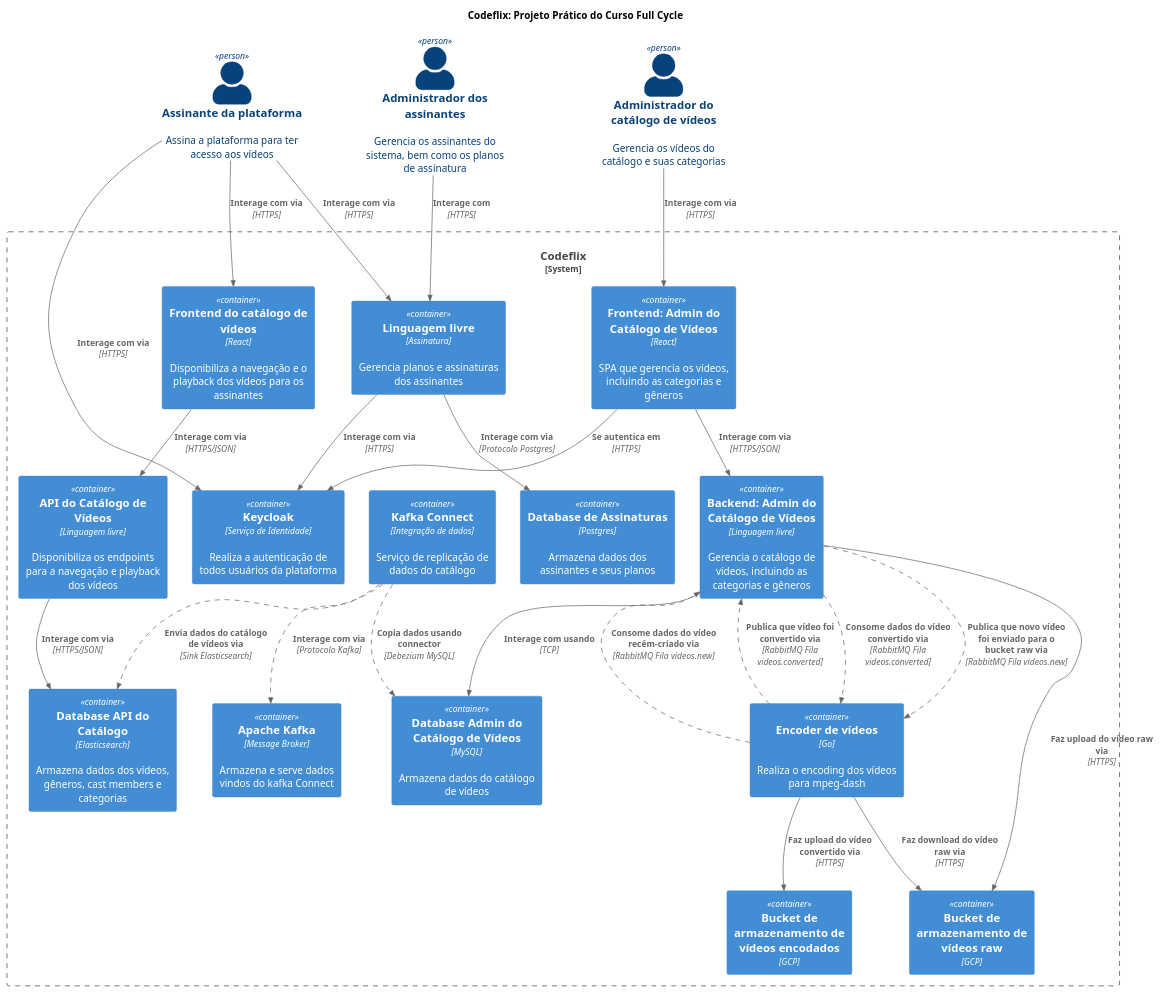
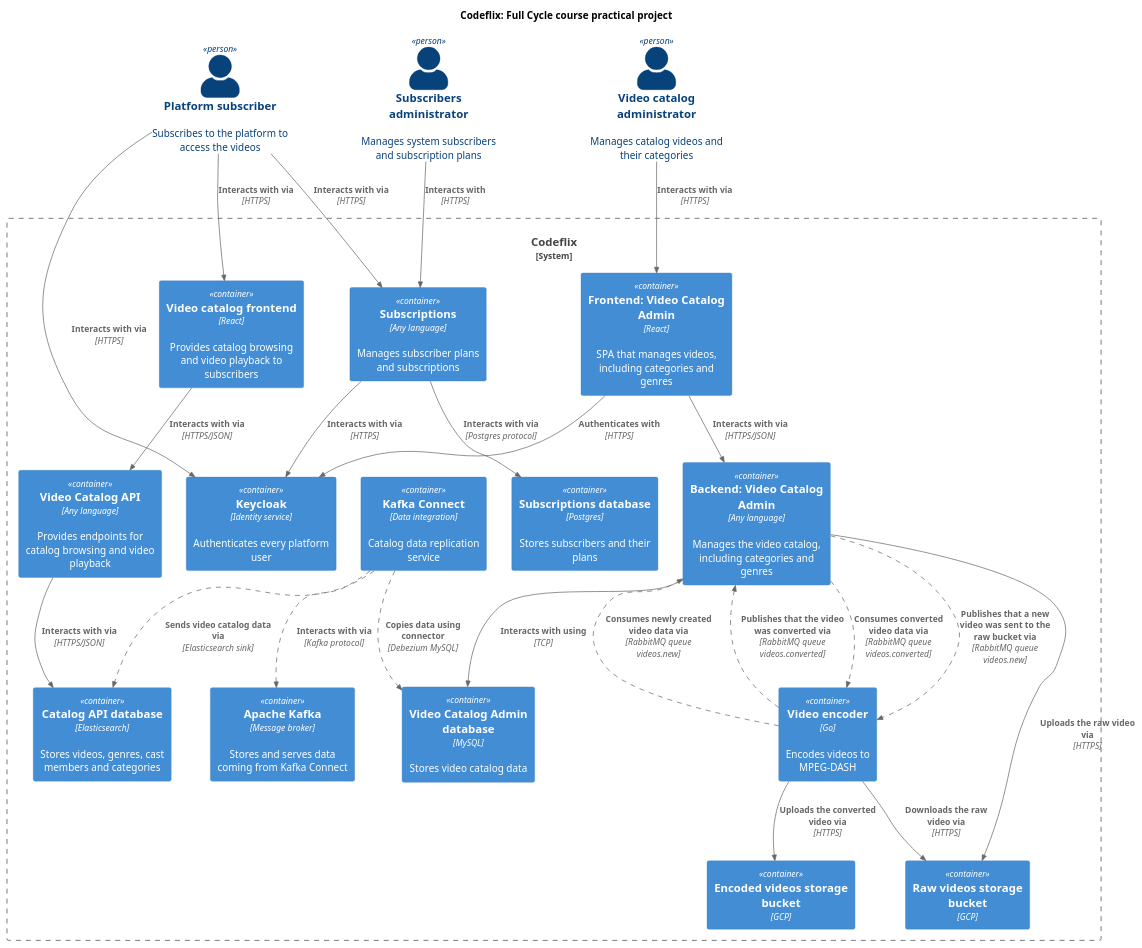
The diagram in docs/architecture/codeflix-c4.puml (felipmateus/codeflix-portal), drawn with PlantUML before and after one commit.

Commit message:
docs(architecture): translate C4 diagram to English

```diff
--- a/docs/architecture/codeflix-c4.puml
+++ b/docs/architecture/codeflix-c4.puml
@@ -1,62 +1,59 @@
-@startuml contexto
+@startuml containers
 !include https://raw.githubusercontent.com/plantuml-stdlib/C4-PlantUML/master/C4_Container.puml
 AddRelTag("async", $lineStyle = DashedLine())
 SHOW_PERSON_PORTRAIT()
 
-title "Codeflix: Projeto Prático do Curso Full Cycle"
-Person(administrador_catalogo,"Administrador do catálogo de vídeos","Gerencia os vídeos do catálogo e suas categorias")
-Person(administrador_assinantes,"Administrador dos assinantes","Gerencia os assinantes do sistema, bem como os planos de assinatura")
-Person(assinante,"Assinante da plataforma","Assina a plataforma para ter acesso aos vídeos")
+title "Codeflix: Full Cycle course practical project"
+Person(catalog_admin, "Video catalog administrator", "Manages catalog videos and their categories")
+Person(subscribers_admin, "Subscribers administrator", "Manages system subscribers and subscription plans")
+Person(subscriber, "Platform subscriber", "Subscribes to the platform to access the videos")
 
 System_Boundary(gateway, "Codeflix") {
-    Container(frontend_catalogo_admin,"Frontend: Admin do Catálogo de Vídeos","React","SPA que gerencia os vídeos, incluindo as categorias e gêneros")
-    Container(backend_catalogo_admin,"Backend: Admin do Catálogo de Vídeos","Linguagem livre","Gerencia o catálogo de vídeos, incluindo as categorias e gêneros")
-    Container(backend_catalogo_admin_database,"Database Admin do Catálogo de Vídeos","MySQL","Armazena dados do catálogo de vídeos")
-    Rel(frontend_catalogo_admin,backend_catalogo_admin,"Interage com via","HTTPS/JSON")
-    Rel(backend_catalogo_admin,backend_catalogo_admin_database,"Interage com usando","TCP")
-    
-    Container(encoder,"Encoder de vídeos","Go","Realiza o encoding dos vídeos para mpeg-dash")
-    Container(bucket_videos,"Bucket de armazenamento de vídeos encodados","GCP")
-    Container(bucket_videos_raw,"Bucket de armazenamento de vídeos raw","GCP")
-    Rel(encoder,bucket_videos,"Faz upload do vídeo convertido via","HTTPS")
-    Rel(encoder,bucket_videos_raw,"Faz download do vídeo raw via","HTTPS")
-    Rel(backend_catalogo_admin,bucket_videos_raw,"Faz upload do vídeo raw via","HTTPS")
+    Container(frontend_catalog_admin, "Frontend: Video Catalog Admin", "React", "SPA that manages videos, including categories and genres")
+    Container(backend_catalog_admin, "Backend: Video Catalog Admin", "Any language", "Manages the video catalog, including categories and genres")
+    Container(backend_catalog_admin_database, "Video Catalog Admin database", "MySQL", "Stores video catalog data")
+    Rel(frontend_catalog_admin, backend_catalog_admin, "Interacts with via", "HTTPS/JSON")
+    Rel(backend_catalog_admin, backend_catalog_admin_database, "Interacts with using", "TCP")
 
-    Rel(encoder,backend_catalogo_admin,"Consome dados do vídeo recém-criado via","RabbitMQ Fila videos.new",$tags = "async")
-    Rel(encoder, backend_catalogo_admin,"Publica que vídeo foi convertido via","RabbitMQ Fila videos.converted",$tags = "async")
-    Rel(backend_catalogo_admin, encoder,"Consome dados do vídeo convertido via","RabbitMQ Fila videos.converted",$tags = "async")
-    Rel(backend_catalogo_admin, encoder,"Publica que novo vídeo foi enviado para o bucket raw via","RabbitMQ Fila videos.new",$tags = "async")
+    Container(encoder, "Video encoder", "Go", "Encodes videos to MPEG-DASH")
+    Container(bucket_videos, "Encoded videos storage bucket", "GCP")
+    Container(bucket_videos_raw, "Raw videos storage bucket", "GCP")
+    Rel(encoder, bucket_videos, "Uploads the converted video via", "HTTPS")
+    Rel(encoder, bucket_videos_raw, "Downloads the raw video via", "HTTPS")
+    Rel(backend_catalog_admin, bucket_videos_raw, "Uploads the raw video via", "HTTPS")
 
-    Container(frontend_catalogo,"Frontend do catálogo de vídeos","React","Disponibiliza a navegação e o playback dos vídeos para os assinantes")
-    Container(api_catalogo,"API do Catálogo de Vídeos","Linguagem livre","Disponibiliza os endpoints para a navegação e playback dos vídeos")
-    Container(elasticsearch_api_catalogo,"Database API do Catálogo","Elasticsearch","Armazena dados dos vídeos, gêneros, cast members e categorias")
-    Container(apache_kafka,"Apache Kafka","Message Broker","Armazena e serve dados vindos do kafka Connect")
-    Container(kafka_connect,"Kafka Connect","Integração de dados","Serviço de replicação de dados do catálogo")
-    Rel(api_catalogo,elasticsearch_api_catalogo,"Interage com via","HTTPS/JSON")
-    Rel(kafka_connect,elasticsearch_api_catalogo,"Envia dados do catálogo de vídeos via","Sink Elasticsearch",$tags = "async")
-    Rel(kafka_connect,backend_catalogo_admin_database,"Copia dados usando connector","Debezium MySQL",$tags = "async")
-    Rel(kafka_connect,apache_kafka,"Interage com via","Protocolo Kafka",$tags = "async")
+    Rel(encoder, backend_catalog_admin, "Consumes newly created video data via", "RabbitMQ queue videos.new", $tags = "async")
+    Rel(encoder, backend_catalog_admin, "Publishes that the video was converted via", "RabbitMQ queue videos.converted", $tags = "async")
+    Rel(backend_catalog_admin, encoder, "Consumes converted video data via", "RabbitMQ queue videos.converted", $tags = "async")
+    Rel(backend_catalog_admin, encoder, "Publishes that a new video was sent to the raw bucket via", "RabbitMQ queue videos.new", $tags = "async")
 
-    
-    Container(assinatura,"Linguagem livre","Assinatura","Gerencia planos e assinaturas dos assinantes")
-    Container(assinatura_postgres,"Database de Assinaturas","Postgres","Armazena dados dos assinantes e seus planos")
-    Rel(assinatura,assinatura_postgres,"Interage com via","Protocolo Postgres")
+    Container(frontend_catalog, "Video catalog frontend", "React", "Provides catalog browsing and video playback to subscribers")
+    Container(api_catalog, "Video Catalog API", "Any language", "Provides endpoints for catalog browsing and video playback")
+    Container(elasticsearch_api_catalog, "Catalog API database", "Elasticsearch", "Stores videos, genres, cast members and categories")
+    Container(apache_kafka, "Apache Kafka", "Message broker", "Stores and serves data coming from Kafka Connect")
+    Container(kafka_connect, "Kafka Connect", "Data integration", "Catalog data replication service")
+    Rel(api_catalog, elasticsearch_api_catalog, "Interacts with via", "HTTPS/JSON")
+    Rel(kafka_connect, elasticsearch_api_catalog, "Sends video catalog data via", "Elasticsearch sink", $tags = "async")
+    Rel(kafka_connect, backend_catalog_admin_database, "Copies data using connector", "Debezium MySQL", $tags = "async")
+    Rel(kafka_connect, apache_kafka, "Interacts with via", "Kafka protocol", $tags = "async")
 
-    Container(keycloak,"Keycloak","Serviço de Identidade","Realiza a autenticação de todos usuários da plataforma")
-    
-    
+    Container(subscription, "Subscriptions", "Any language", "Manages subscriber plans and subscriptions")
+    Container(subscription_postgres, "Subscriptions database", "Postgres", "Stores subscribers and their plans")
+    Rel(subscription, subscription_postgres, "Interacts with via", "Postgres protocol")
 
-    Rel(administrador_catalogo,frontend_catalogo_admin,"Interage com via","HTTPS")
-    
-    Rel(assinante,assinatura,"Interage com via","HTTPS")
-    Rel(assinante,keycloak,"Interage com via","HTTPS")
-    Rel(assinatura,keycloak,"Interage com via","HTTPS")
+    Container(keycloak, "Keycloak", "Identity service", "Authenticates every platform user")
 
-    Rel(frontend_catalogo_admin,keycloak,"Se autentica em","HTTPS")
+    Rel(catalog_admin, frontend_catalog_admin, "Interacts with via", "HTTPS")
 
-    Rel(assinante,frontend_catalogo,"Interage com via","HTTPS")
-    Rel(frontend_catalogo,api_catalogo,"Interage com via","HTTPS/JSON")
+    Rel(subscriber, subscription, "Interacts with via", "HTTPS")
+    Rel(subscriber, keycloak, "Interacts with via", "HTTPS")
+    Rel(subscription, keycloak, "Interacts with via", "HTTPS")
 
-    Rel(administrador_assinantes,assinatura,"Interage com","HTTPS")
+    Rel(frontend_catalog_admin, keycloak, "Authenticates with", "HTTPS")
+
+    Rel(subscriber, frontend_catalog, "Interacts with via", "HTTPS")
+    Rel(frontend_catalog, api_catalog, "Interacts with via", "HTTPS/JSON")
+
+    Rel(subscribers_admin, subscription, "Interacts with", "HTTPS")
 }
 @enduml
```
